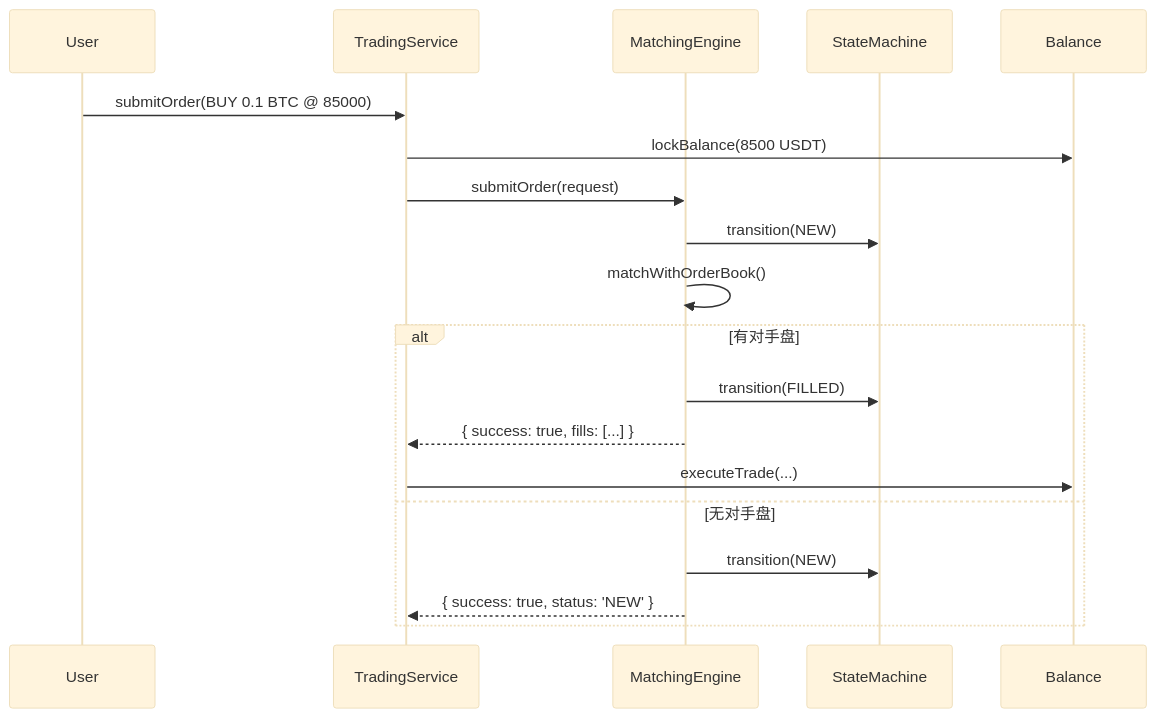
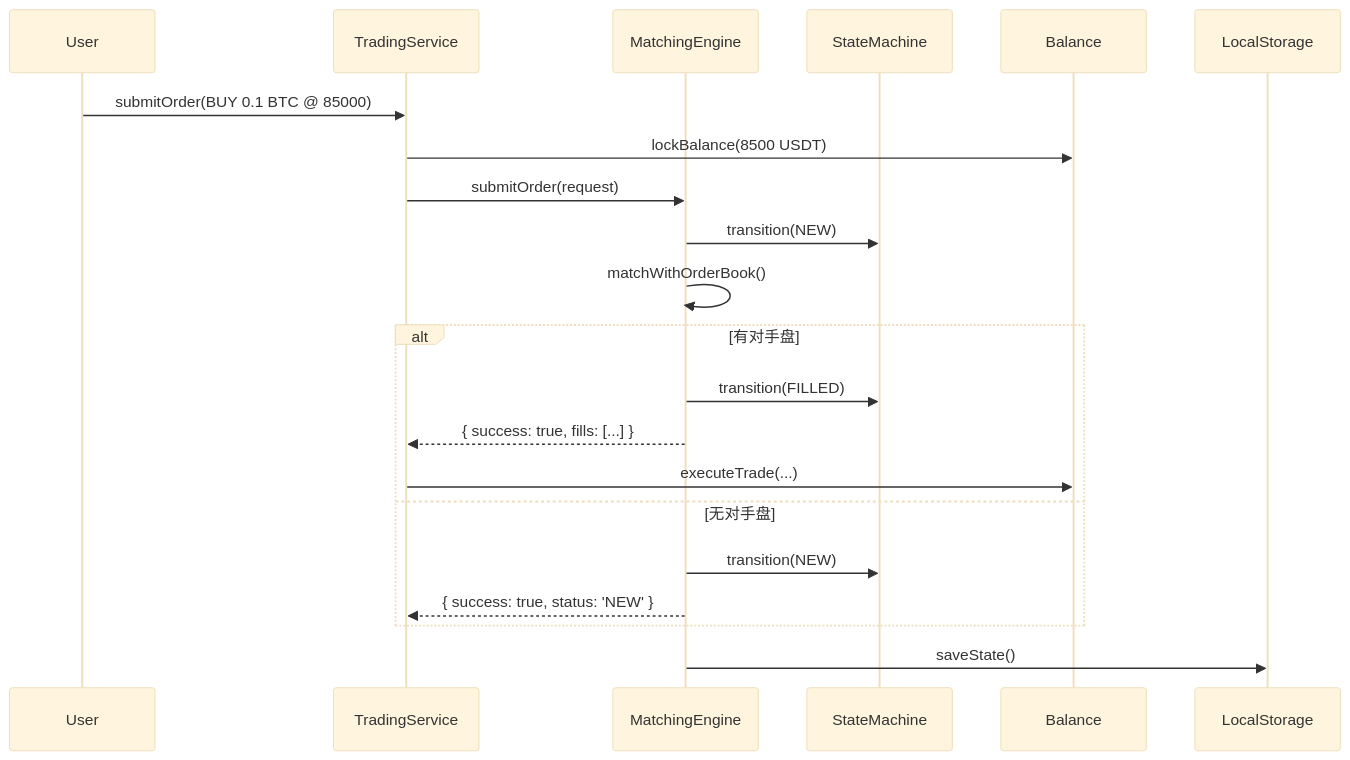
The first of 4 diagrams in docs/ARCHITECTURE.md (iceberg211/trading), drawn with Mermaid (base theme) before and after one commit. The commit also changed other lines of this file and 7 other files, not shown here.

````diff
--- a/docs/ARCHITECTURE.md
+++ b/docs/ARCHITECTURE.md
@@ -238,22 +242,23 @@
 ```mermaid
 sequenceDiagram
     participant User
     participant TradingService
     participant MatchingEngine
     participant StateMachine
     participant Balance
 
     User->>TradingService: submitOrder(BUY 0.1 BTC @ 85000)
     TradingService->>Balance: lockBalance(8500 USDT)
     TradingService->>MatchingEngine: submitOrder(request)
     MatchingEngine->>StateMachine: transition(NEW)
     MatchingEngine->>MatchingEngine: matchWithOrderBook()
     alt 有对手盘
         MatchingEngine->>StateMachine: transition(FILLED)
         MatchingEngine-->>TradingService: { success: true, fills: [...] }
         TradingService->>Balance: executeTrade(...)
     else 无对手盘
         MatchingEngine->>StateMachine: transition(NEW)
         MatchingEngine-->>TradingService: { success: true, status: 'NEW' }
     end
+    MatchingEngine->>LocalStorage: saveState()
 ```
````
